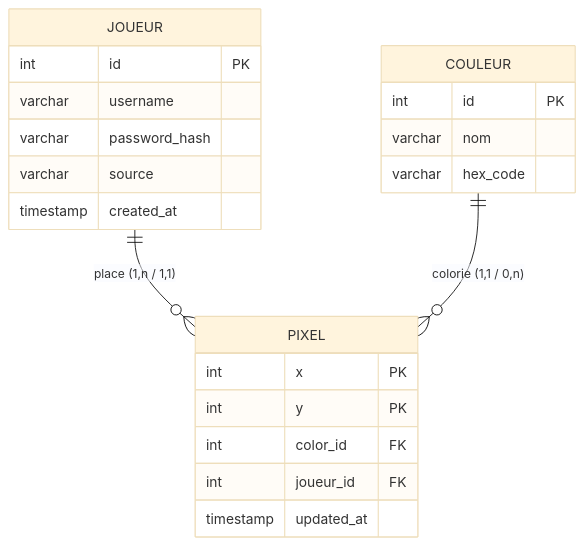
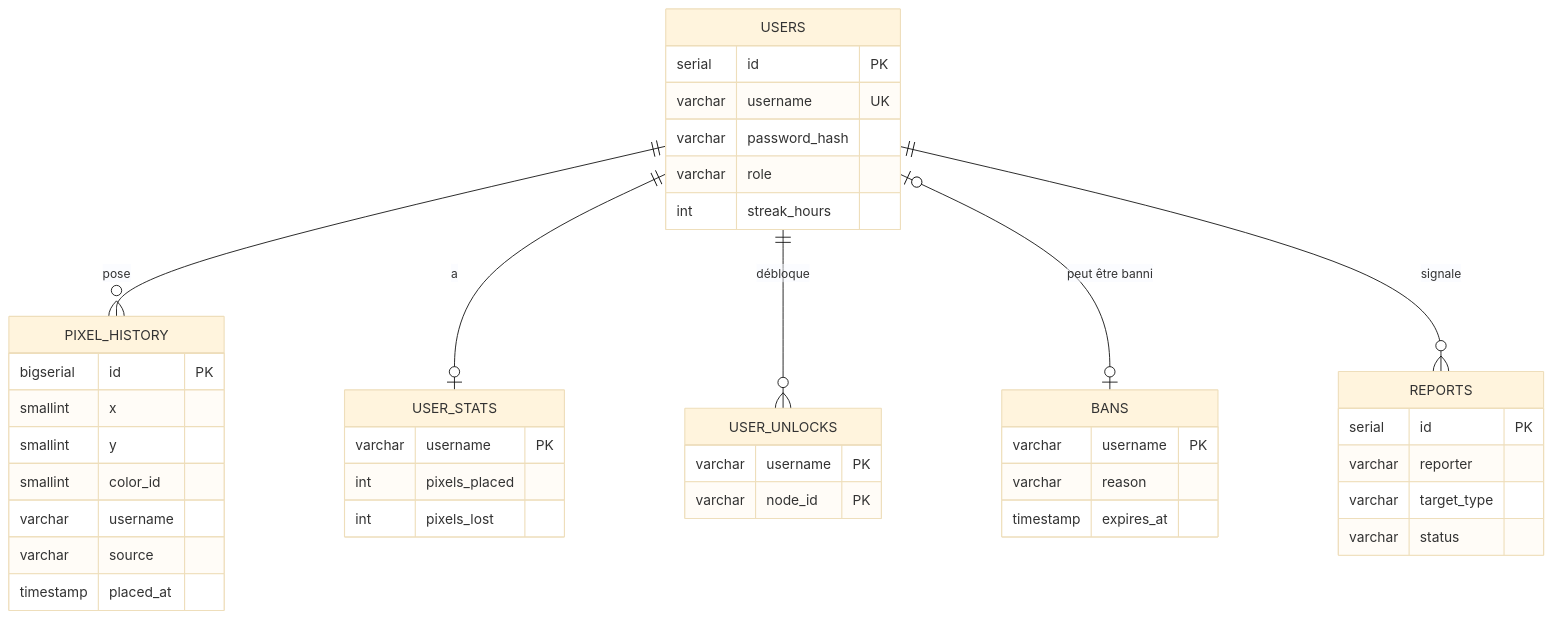
One commit to MaKSiiMe/VoxelPlace changed the diagram in docs/uml/erd-merise.md. Above: the diagram before and after it, drawn with Mermaid (base theme). The commit also changed other lines of this file and 34 other files, not shown here.

````diff
--- a/docs/uml/erd-merise.md
+++ b/docs/uml/erd-merise.md
@@ -52,27 +41,45 @@
 ```mermaid
 erDiagram
-    JOUEUR {
-        int id PK
-        varchar username
-        varchar password_hash
-        varchar source
-        timestamp created_at
+    USERS {
+        serial   id PK
+        varchar  username UK
+        varchar  password_hash
+        varchar  role
+        int      streak_hours
+    }
+    PIXEL_HISTORY {
+        bigserial id PK
+        smallint  x
+        smallint  y
+        smallint  color_id
+        varchar   username
+        varchar   source
+        timestamp placed_at
+    }
+    USER_STATS {
+        varchar username PK
+        int     pixels_placed
+        int     pixels_lost
+    }
+    USER_UNLOCKS {
+        varchar username PK
+        varchar node_id  PK
+    }
+    BANS {
+        varchar username PK
+        varchar reason
+        timestamp expires_at
+    }
+    REPORTS {
+        serial  id PK
+        varchar reporter
+        varchar target_type
+        varchar status
     }
 
-    PIXEL {
-        int x PK
-        int y PK
-        int color_id FK
-        int joueur_id FK
-        timestamp updated_at
-    }
-
-    COULEUR {
-        int id PK
-        varchar nom
-        varchar hex_code
-    }
-
-    JOUEUR ||--o{ PIXEL : "place (1,n / 1,1)"
-    COULEUR ||--o{ PIXEL : "colorie (1,1 / 0,n)"
+    USERS         ||--o{ PIXEL_HISTORY  : "pose"
+    USERS         ||--o| USER_STATS     : "a"
+    USERS         ||--o{ USER_UNLOCKS   : "débloque"
+    USERS         |o--o| BANS           : "peut être banni"
+    USERS         ||--o{ REPORTS        : "signale"
 ```
````
